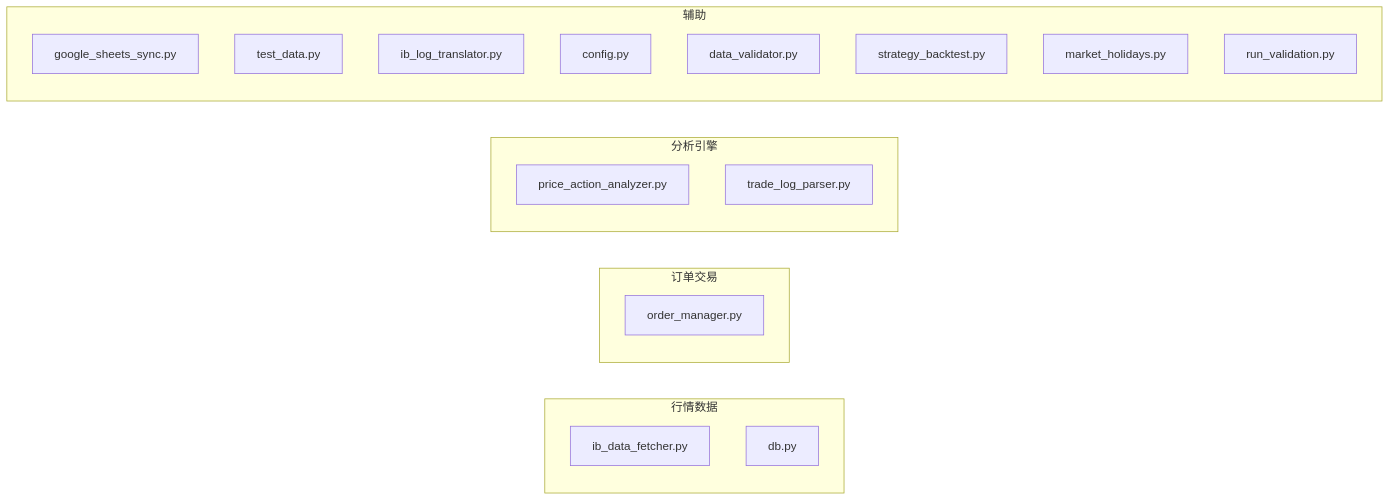
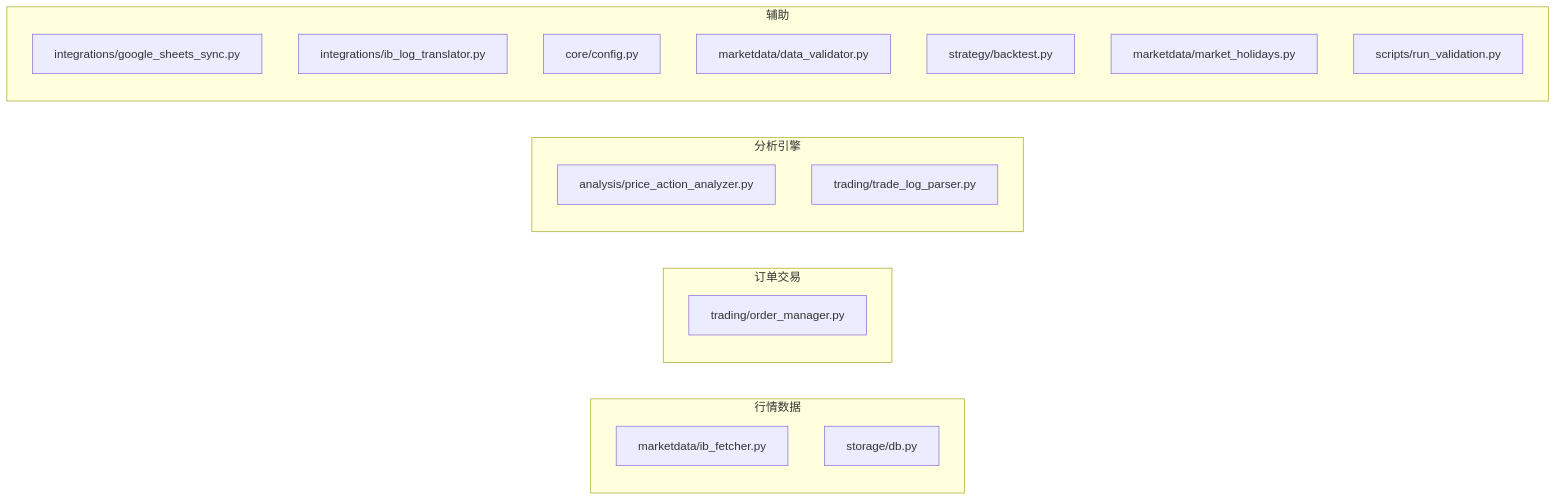
One commit to ditto0907/TradeDev changed the fourth of 7 diagrams in priceaction/README.md. Above: the diagram before and after it, drawn with Mermaid. The commit also changed other lines of this file and 45 other files, not shown here.

````diff
--- a/priceaction/README.md
+++ b/priceaction/README.md
@@ -375,24 +373,23 @@
 ```mermaid
 graph LR
     subgraph 行情数据
-        IDF2["ib_data_fetcher.py"]
-        DB2["db.py"]
+        IDF2["marketdata/ib_fetcher.py"]
+        DB2["storage/db.py"]
     end
     subgraph 订单交易
-        OM2["order_manager.py"]
+        OM2["trading/order_manager.py"]
     end
     subgraph 分析引擎
-        PA2["price_action_analyzer.py"]
-        TLP2["trade_log_parser.py"]
+        PA2["analysis/price_action_analyzer.py"]
+        TLP2["trading/trade_log_parser.py"]
     end
     subgraph 辅助
-        GS2["google_sheets_sync.py"]
-        TD2["test_data.py"]
-        ILT["ib_log_translator.py"]
-        CFG2["config.py"]
-        DV["data_validator.py"]
-        SB["strategy_backtest.py"]
-        MH["market_holidays.py"]
-        RV["run_validation.py"]
+        GS2["integrations/google_sheets_sync.py"]
+        ILT["integrations/ib_log_translator.py"]
+        CFG2["core/config.py"]
+        DV["marketdata/data_validator.py"]
+        SB["strategy/backtest.py"]
+        MH["marketdata/market_holidays.py"]
+        RV["scripts/run_validation.py"]
     end
 ```
````
